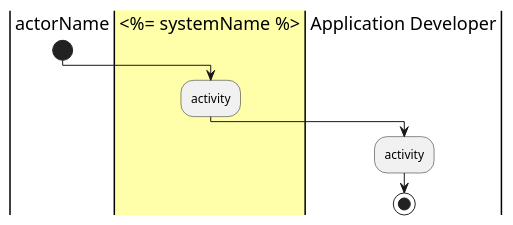
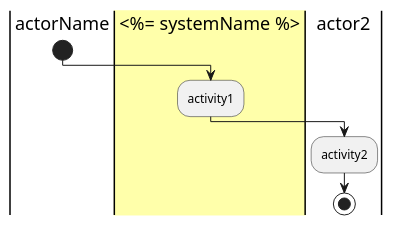
The diagram in bouquet-UseCase/templates/Activities.puml (madajaju/bouquet), drawn with PlantUML before and after one commit. The commit also changed 35 other files, not shown here.

```diff
--- a/bouquet-UseCase/templates/Activities.puml
+++ b/bouquet-UseCase/templates/Activities.puml
@@ -1,9 +1,9 @@
 @startuml
 |actorName|
 start
 |#ffffaa|<%= systemName %>|
-:activity;
-|Application Developer|
-:activity;
+:activity1;
+|actor2|
+:activity2;
 stop
 @enduml
```
